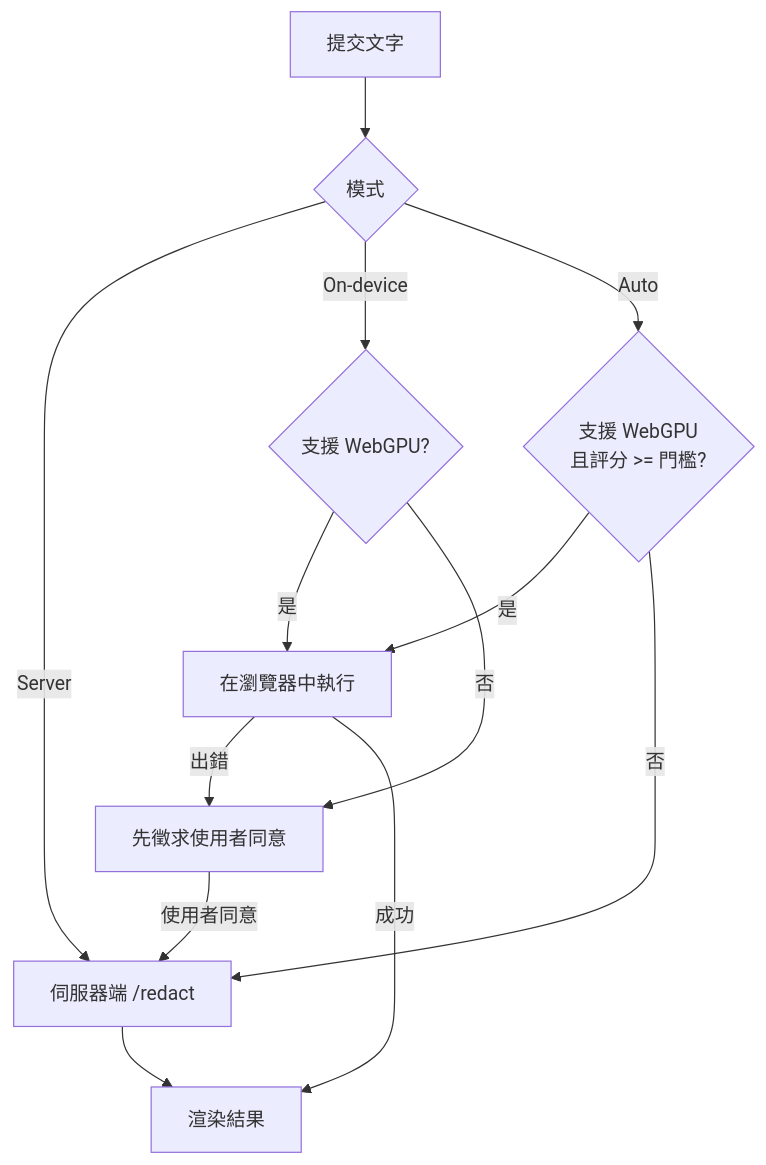
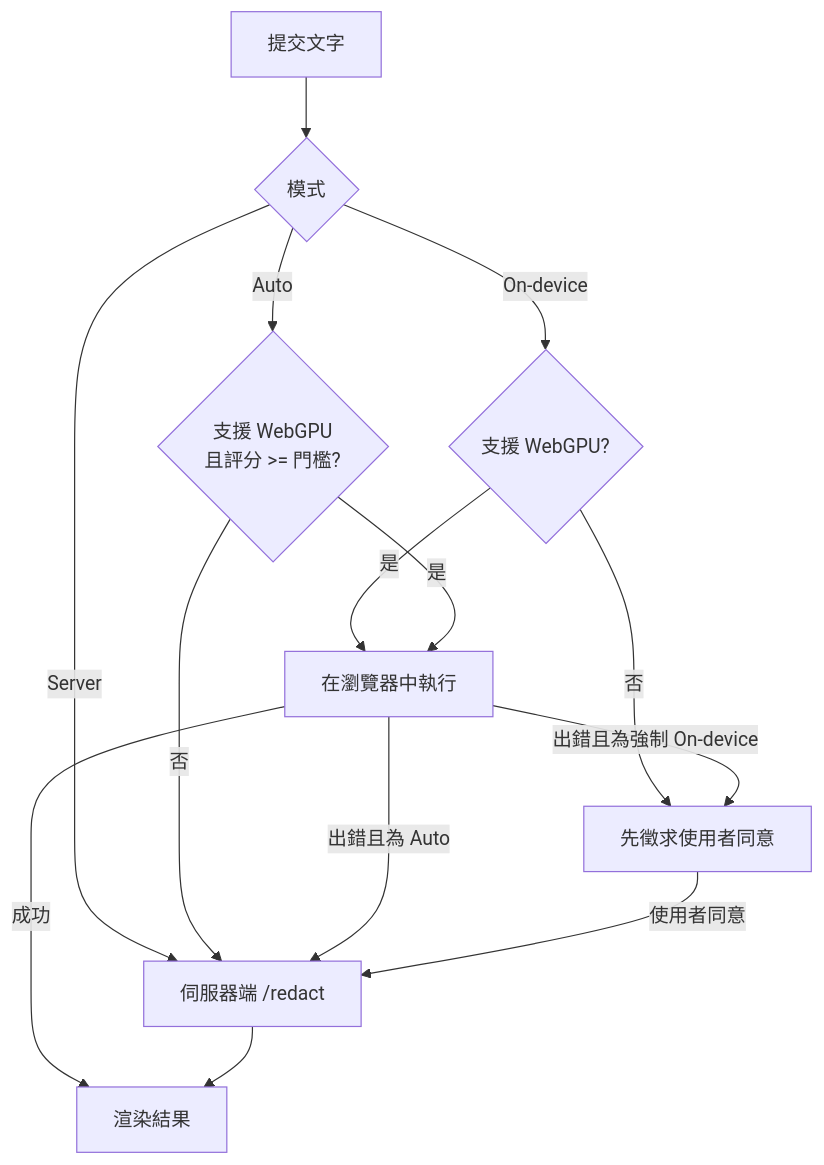
Before and after one commit to leokwsw/openai-privacy-filter: the diagram in README.zh-TW.md, drawn with Mermaid. The commit also changed other lines of this file and 5 other files, not shown here.

````diff
--- a/README.zh-TW.md
+++ b/README.zh-TW.md
@@ -100,15 +92,16 @@
 ```mermaid
 flowchart TD
     A[提交文字] --> B{模式}
     B -->|Server| S[伺服器端 /redact]
     B -->|On-device| C{支援 WebGPU?}
     B -->|Auto| D{支援 WebGPU<br/>且評分 >= 門檻?}
     C -->|是| E[在瀏覽器中執行]
     C -->|否| K[先徵求使用者同意]
     D -->|是| E
     D -->|否| S
-    E -->|出錯| K
+    E -->|出錯且為強制 On-device| K
+    E -->|出錯且為 Auto| S
     E -->|成功| R[渲染結果]
     K -->|使用者同意| S
     S --> R
 ```
````
